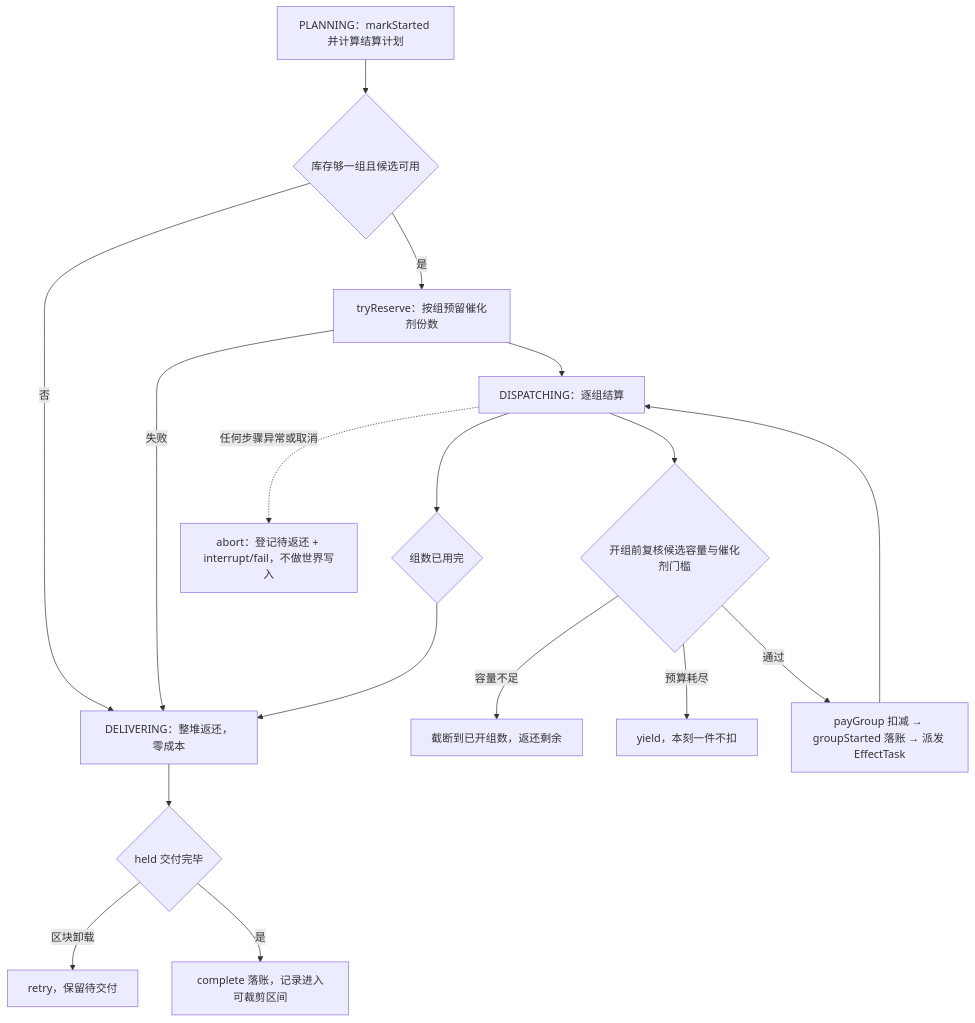
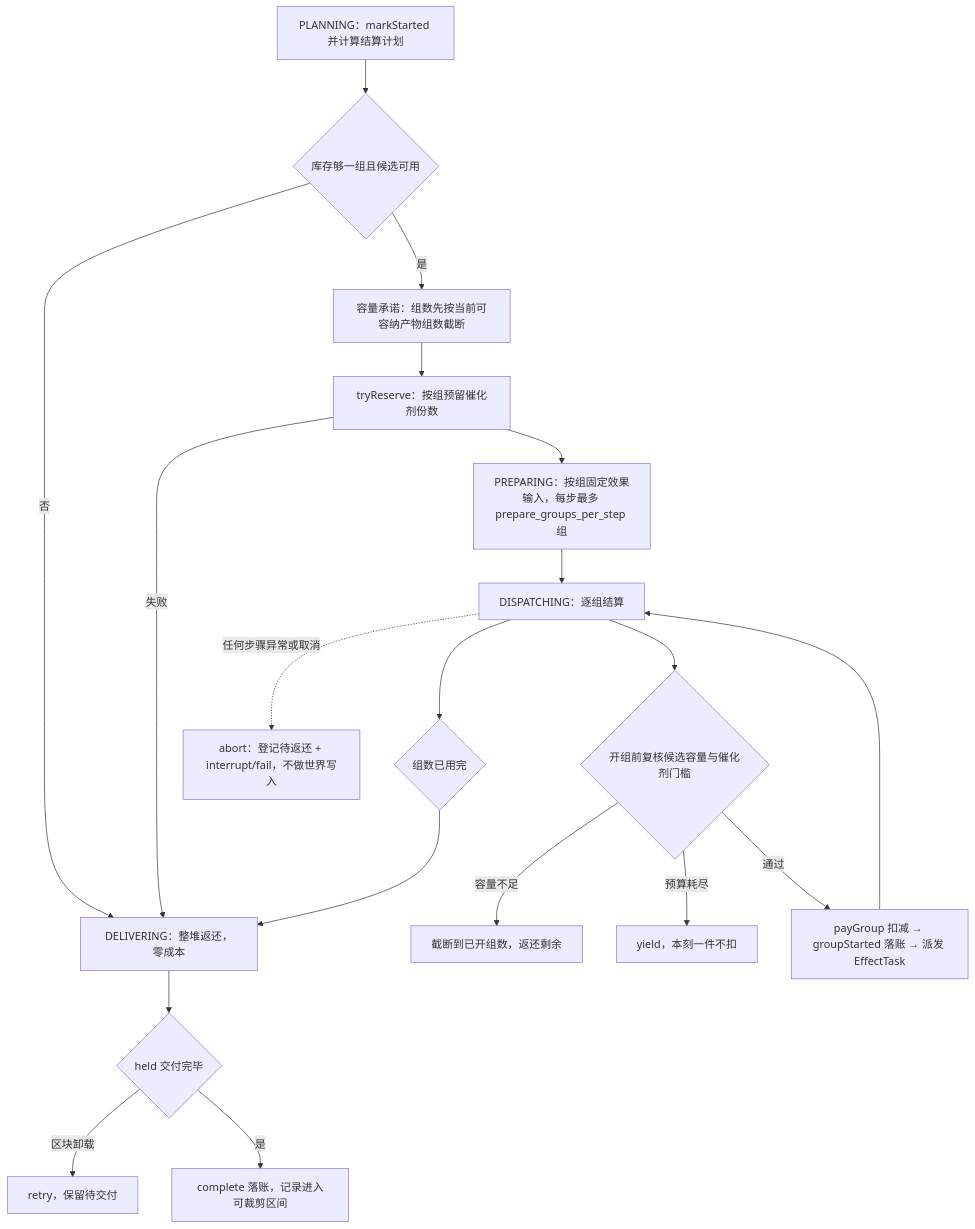
Before and after one commit to meteoritel/item-despawn-to-what: the third of 3 diagrams in docs/modules/conversion-runtime.md, drawn with Mermaid. The commit also changed other lines of this file and 11 other files, not shown here.

````diff
--- a/docs/modules/conversion-runtime.md
+++ b/docs/modules/conversion-runtime.md
@@ -130,19 +130,21 @@
 ```mermaid
 flowchart TB
     P["PLANNING：markStarted 并计算结算计划"] --> Q{"库存够一组且候选可用"}
     Q -->|"否"| DEL["DELIVERING：整堆返还，零成本"]
-    Q -->|"是"| R["tryReserve：按组预留催化剂份数"]
+    Q -->|"是"| C["容量承诺：组数先按当前可容纳产物组数截断"]
+    C --> R["tryReserve：按组预留催化剂份数"]
     R -->|"失败"| DEL
-    R --> S["DISPATCHING：逐组结算"]
+    R --> PR["PREPARING：按组固定效果输入，每步最多 prepare_groups_per_step 组"]
+    PR --> S["DISPATCHING：逐组结算"]
     S --> T{"开组前复核候选容量与催化剂门槛"}
     T -->|"容量不足"| U["截断到已开组数，返还剩余"]
     T -->|"预算耗尽"| V["yield，本刻一件不扣"]
     T -->|"通过"| W["payGroup 扣减 → groupStarted 落账 → 派发 EffectTask"]
     W --> S
     S --> X{"组数已用完"}
     X --> DEL
     DEL --> Y{"held 交付完毕"}
     Y -->|"区块卸载"| Z["retry，保留待交付"]
     Y -->|"是"| DONE["complete 落账，记录进入可裁剪区间"]
     S -.->|"任何步骤异常或取消"| AB["abort：登记待返还 + interrupt/fail，不做世界写入"]
 ```
````
